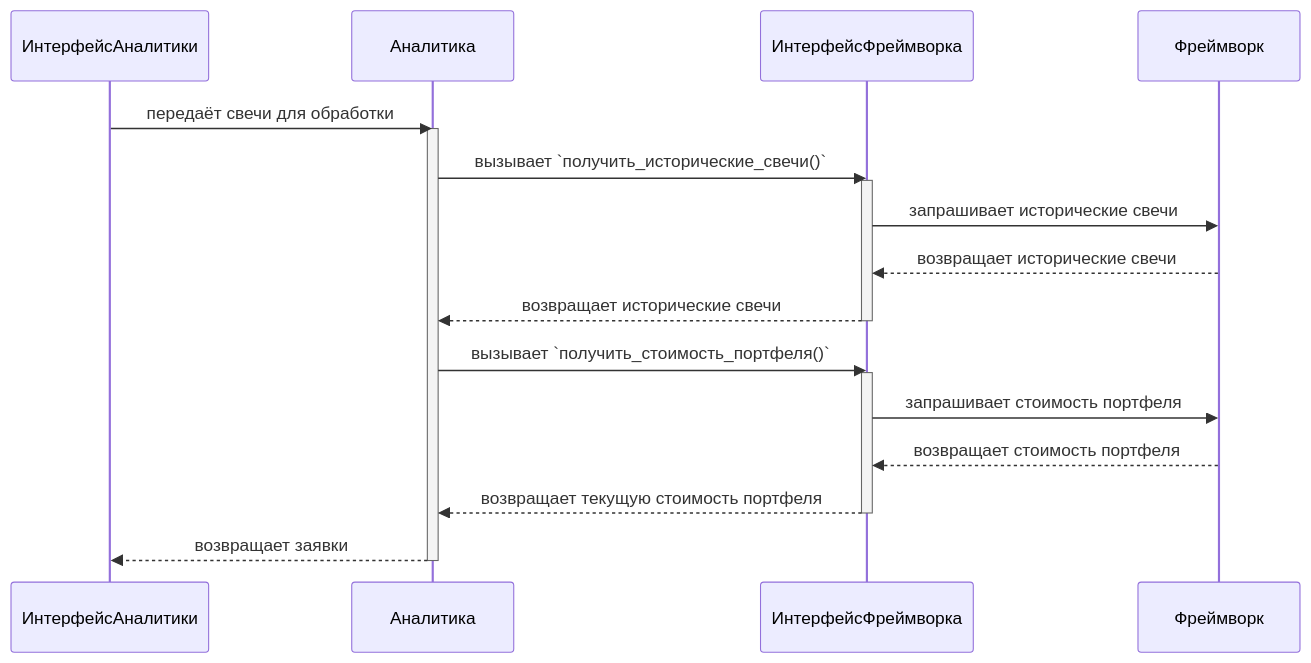
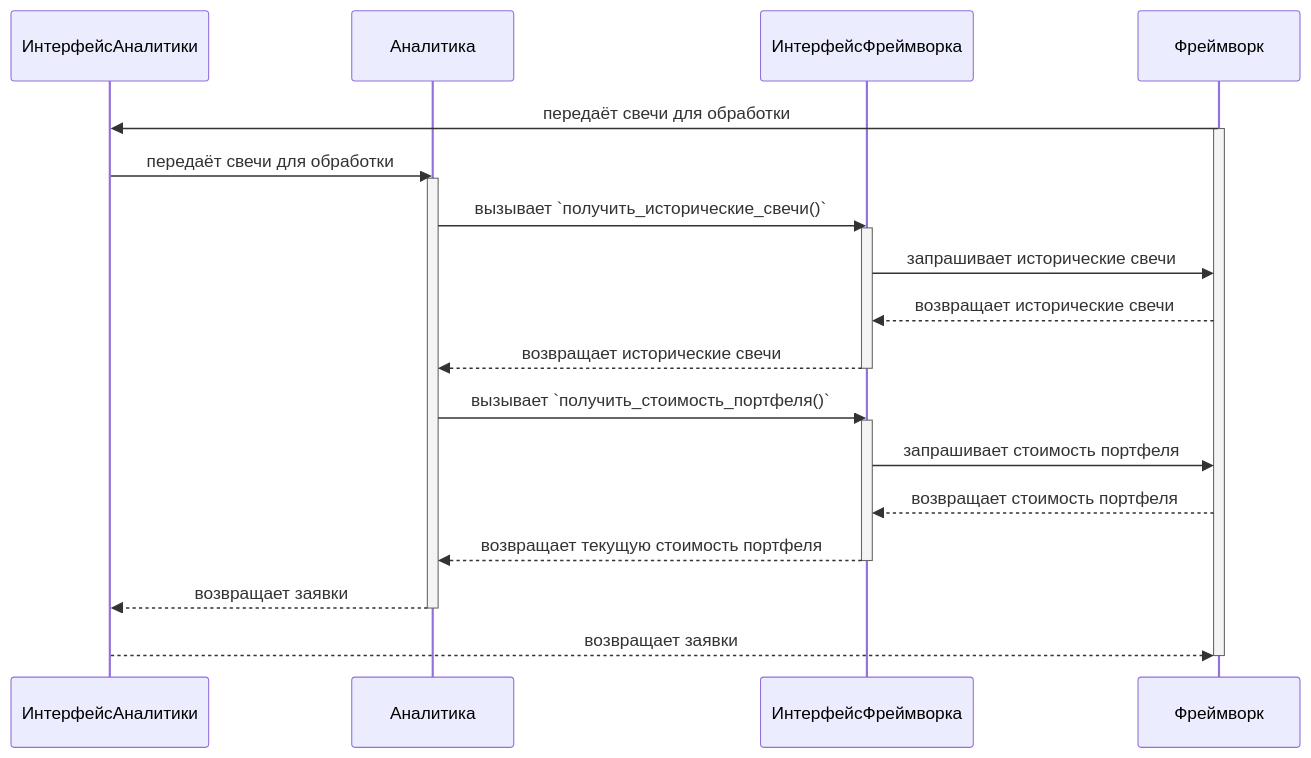
The sixth of 15 diagrams in controller-logic.md (Marat22/MiriadRobotDocs), drawn with Mermaid before and after one commit.

Commit message:
In `ИнтерфейсФреймворка` process show that `ИнтерфейсАналитики` is called by `Фреймворк`

````diff
--- a/controller-logic.md
+++ b/controller-logic.md
@@ -207,19 +207,28 @@
 ```mermaid
 sequenceDiagram
+    participant ИнтерфейсАналитики 
+    participant Аналитика 
+    participant ИнтерфейсФреймворка 
+    participant Фреймворк
+
+    Фреймворк->>ИнтерфейсАналитики: передаёт свечи для обработки
+    activate Фреймворк
     ИнтерфейсАналитики->>Аналитика: передаёт свечи для обработки
     activate Аналитика
     Аналитика->>ИнтерфейсФреймворка: вызывает `получить_исторические_свечи()`
     activate ИнтерфейсФреймворка
     ИнтерфейсФреймворка->>Фреймворк: запрашивает исторические свечи
     Фреймворк-->>ИнтерфейсФреймворка: возвращает исторические свечи
     ИнтерфейсФреймворка-->>Аналитика: возвращает исторические свечи
     deactivate ИнтерфейсФреймворка
     Аналитика->>ИнтерфейсФреймворка: вызывает `получить_стоимость_портфеля()`
     activate ИнтерфейсФреймворка
     ИнтерфейсФреймворка->>Фреймворк: запрашивает стоимость портфеля
     Фреймворк-->>ИнтерфейсФреймворка: возвращает стоимость портфеля
     ИнтерфейсФреймворка-->>Аналитика: возвращает текущую стоимость портфеля
     deactivate ИнтерфейсФреймворка
     Аналитика-->>ИнтерфейсАналитики: возвращает заявки
     deactivate Аналитика
+    ИнтерфейсАналитики-->>Фреймворк: возвращает заявки
+    deactivate Фреймворк
 ```
````
